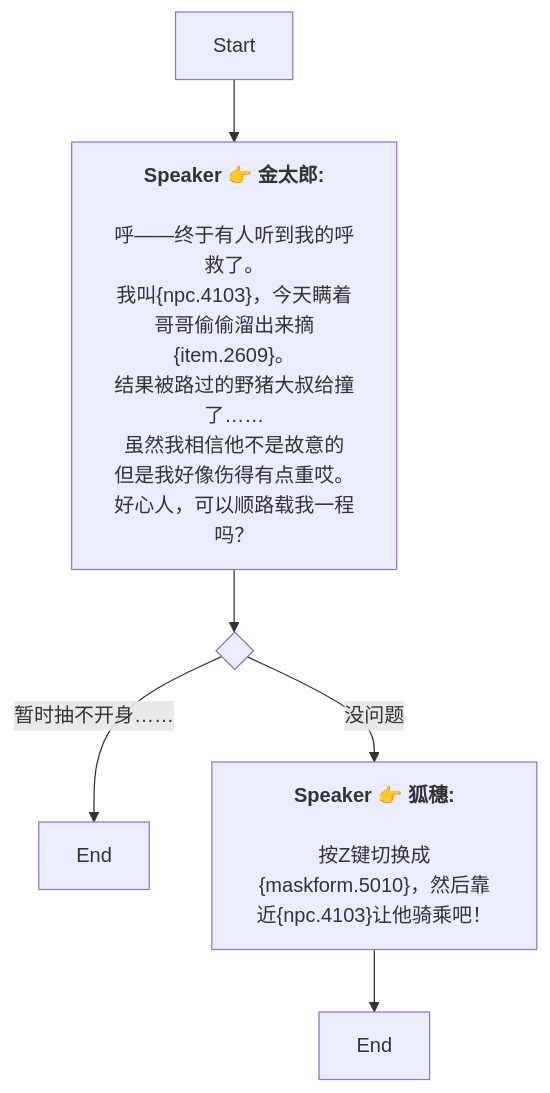
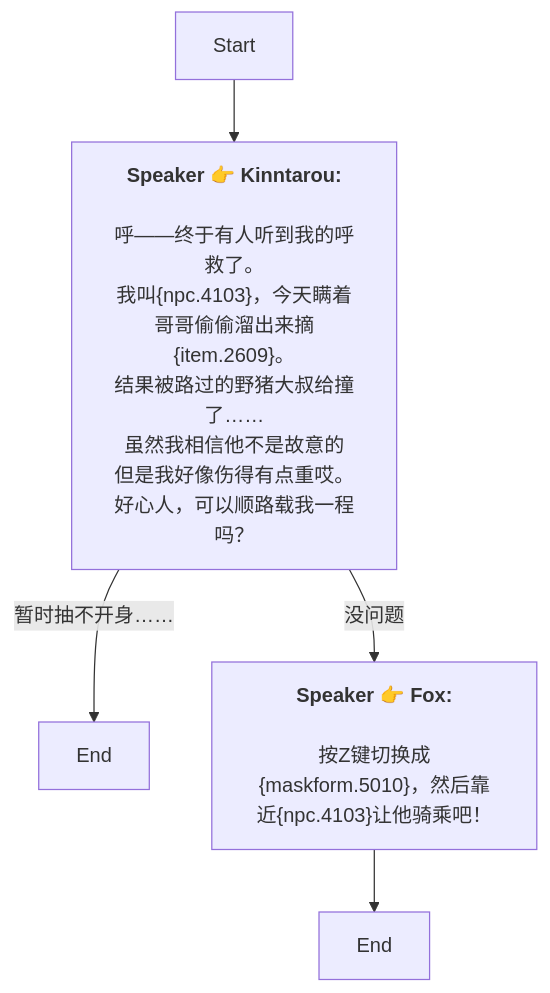
The diagram in Zh/QuestTalkObjectiveNode_1737831337964616.md (SoftHu/tos_avg), drawn with Mermaid before and after one commit. The commit also changed 737 other files, not shown here.

````diff
--- a/Zh/QuestTalkObjectiveNode_1737831337964616.md
+++ b/Zh/QuestTalkObjectiveNode_1737831337964616.md
@@ -1,18 +1,12 @@
 ```mermaid
 graph
-Start -->1737835416866891[<b>Speaker 👉 金太郎:</b>
-
-呼——终于有人听到我的呼救了。
-我叫&lbrace;npc.4103&rbrace;，今天瞒着哥哥偷偷溜出来摘&lbrace;item.2609&rbrace;。
-结果被路过的野猪大叔给撞了……
-虽然我相信他不是故意的
-但是我好像伤得有点重哎。
-好心人，可以顺路载我一程吗？]
-1737835416866891 -->1737840344295501{ }
-1737840344295501 -->|暂时抽不开身……|1737840599683156[End]
-1737840344295501 -->|没问题|1739235921165521[<b>Speaker 👉 狐穗:</b>
-
-按Z键切换成&lbrace;maskform.5010&rbrace;，然后靠近&lbrace;npc.4103&rbrace;让他骑乘吧！]
+Start -->1737835416866891[<b>Speaker 👉 Kinntarou:</b>
+\n呼——终于有人听到我的呼救了。\n我叫&lbrace;npc.4103&rbrace;，今天瞒着哥哥偷偷溜出来摘&lbrace;item.2609&rbrace;。
+结果被路过的野猪大叔给撞了……\n虽然我相信他不是故意的
+但是我好像伤得有点重哎。\n好心人，可以顺路载我一程吗？]
+1737835416866891 -->|暂时抽不开身……|1737840599683156[End]
+1737835416866891 -->|没问题|1739235921165521[<b>Speaker 👉 Fox:</b>
+\n按Z键切换成&lbrace;maskform.5010&rbrace;，然后靠近&lbrace;npc.4103&rbrace;让他骑乘吧！]
 1739235921165521 -->1737840591743059[End]
 
- ```
+```
````
